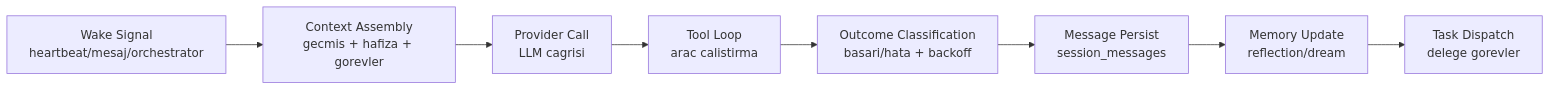
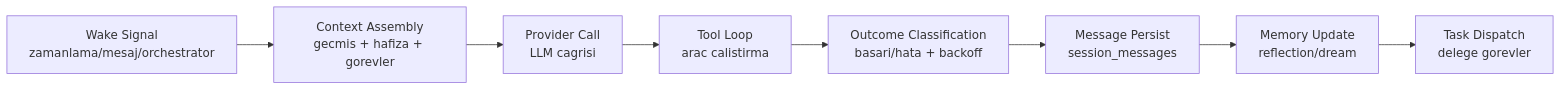
Before and after one commit to bilal-arikan/tionharness: the second of 2 diagrams in _Docs/01-MIMARI.md, drawn with Mermaid. The commit also changed other lines of this file and 23 other files, not shown here.

````diff
--- a/_Docs/01-MIMARI.md
+++ b/_Docs/01-MIMARI.md
@@ -37,10 +39,10 @@
 ```mermaid
 graph LR
-    W[Wake Signal<br/>heartbeat/mesaj/orchestrator] --> CTX[Context Assembly<br/>gecmis + hafiza + gorevler]
+    W[Wake Signal<br/>zamanlama/mesaj/orchestrator] --> CTX[Context Assembly<br/>gecmis + hafiza + gorevler]
     CTX --> CALL[Provider Call<br/>LLM cagrisi]
     CALL --> TOOL[Tool Loop<br/>arac calistirma]
     TOOL --> OUT[Outcome Classification<br/>basari/hata + backoff]
     OUT --> PERSIST[Message Persist<br/>session_messages]
     PERSIST --> MEMUP[Memory Update<br/>reflection/dream]
     MEMUP --> DISPATCH[Task Dispatch<br/>delege gorevler]
 ```
````
